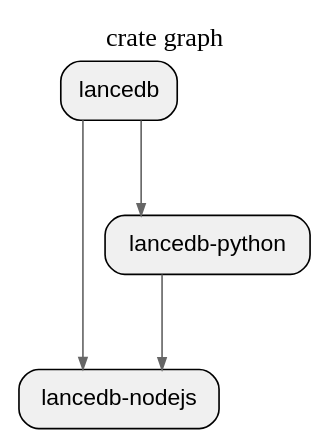
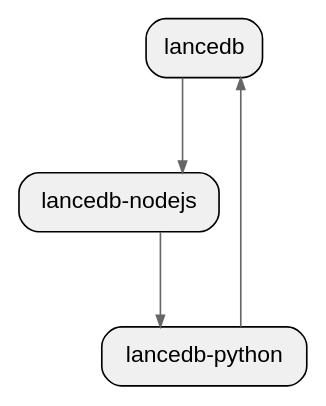
Before and after one commit to allenanswerzq/llmcc: the diagram in sample/lancedb/depth_1_crate.dot, drawn with Graphviz. The commit also changed 242 other files, not shown here.

```diff
--- a/sample/lancedb/depth_1_crate.dot
+++ b/sample/lancedb/depth_1_crate.dot
@@ -1,24 +1,23 @@
 digraph architecture {
   // Layout settings
   rankdir=TB;
   ranksep=0.8;
   nodesep=0.4;
   splines=ortho;
   concentrate=true;
 
   node [shape=box, style="rounded,filled", fillcolor="#f0f0f0", fontname="Helvetica"];
   edge [color="#666666", arrowsize=0.7];
 
-  label="crate graph";
   labelloc=t;
   fontsize=16;
   fontname="Helvetica Bold";
 
   crate_lancedb[label="lancedb"];
   crate_lancedb_nodejs[label="lancedb-nodejs"];
   crate_lancedb_python[label="lancedb-python"];
 
   crate_lancedb -> crate_lancedb_nodejs;
-  crate_lancedb -> crate_lancedb_python;
-  crate_lancedb_python -> crate_lancedb_nodejs;
+  crate_lancedb_nodejs -> crate_lancedb_python;
+  crate_lancedb_python -> crate_lancedb;
 }
```
